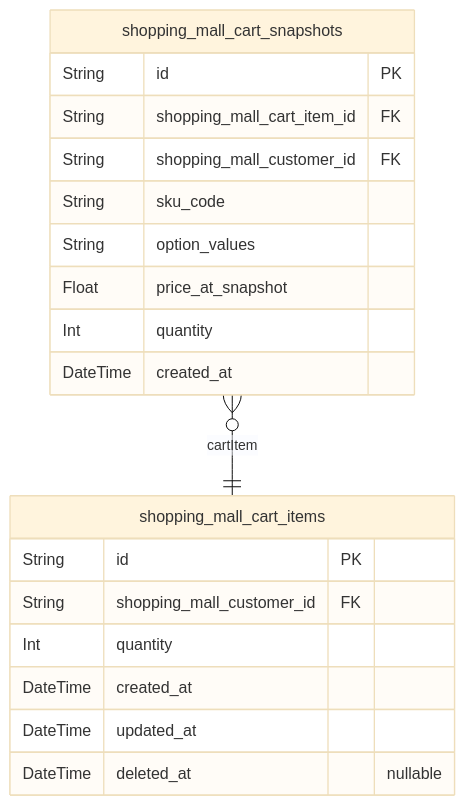
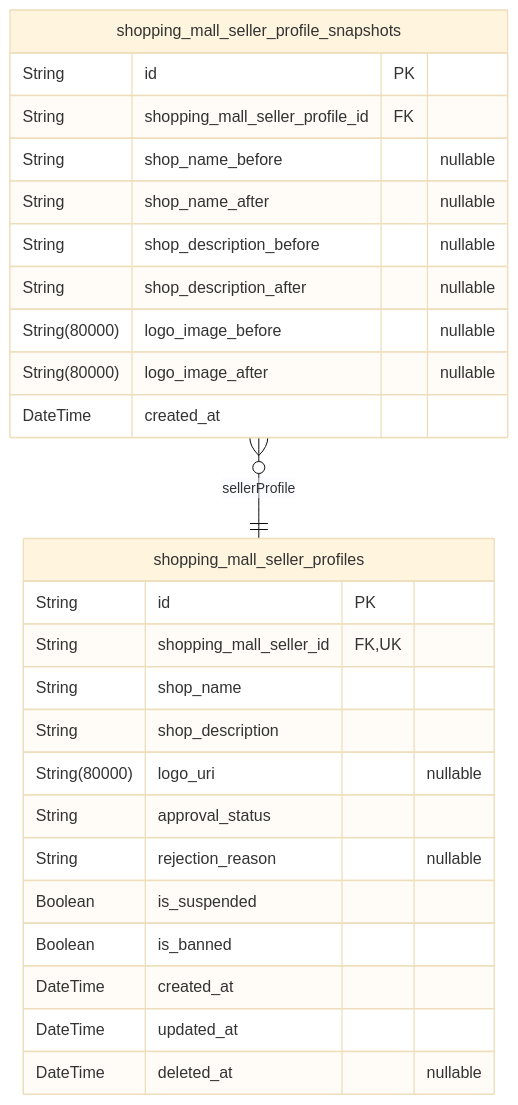
One commit to wrtnlabs/autobe-examples changed the third of 10 diagrams in qwen/qwen3.5-27b/shopping/docs/ERD.md. Above: the diagram before and after it, drawn with Mermaid (base theme). The commit also changed other lines of this file and 32093 other files, not shown here.

````diff
--- a/qwen/qwen3.5-27b/shopping/docs/ERD.md
+++ b/qwen/qwen3.5-27b/shopping/docs/ERD.md
@@ -725,22 +1183,29 @@
 ```mermaid
 erDiagram
-"shopping_mall_cart_items" {
+"shopping_mall_seller_profiles" {
   String id PK
-  String shopping_mall_customer_id FK
-  Int quantity
+  String shopping_mall_seller_id FK,UK
+  String shop_name
+  String shop_description
+  String(80000) logo_uri "nullable"
+  String approval_status
+  String rejection_reason "nullable"
+  Boolean is_suspended
+  Boolean is_banned
   DateTime created_at
   DateTime updated_at
   DateTime deleted_at "nullable"
 }
-"shopping_mall_cart_snapshots" {
+"shopping_mall_seller_profile_snapshots" {
   String id PK
-  String shopping_mall_cart_item_id FK
-  String shopping_mall_customer_id FK
-  String sku_code
-  String option_values
-  Float price_at_snapshot
-  Int quantity
+  String shopping_mall_seller_profile_id FK
+  String shop_name_before "nullable"
+  String shop_name_after "nullable"
+  String shop_description_before "nullable"
+  String shop_description_after "nullable"
+  String(80000) logo_image_before "nullable"
+  String(80000) logo_image_after "nullable"
   DateTime created_at
 }
-"shopping_mall_cart_snapshots" }o--|| "shopping_mall_cart_items" : cartItem
+"shopping_mall_seller_profile_snapshots" }o--|| "shopping_mall_seller_profiles" : sellerProfile
 ```
````
